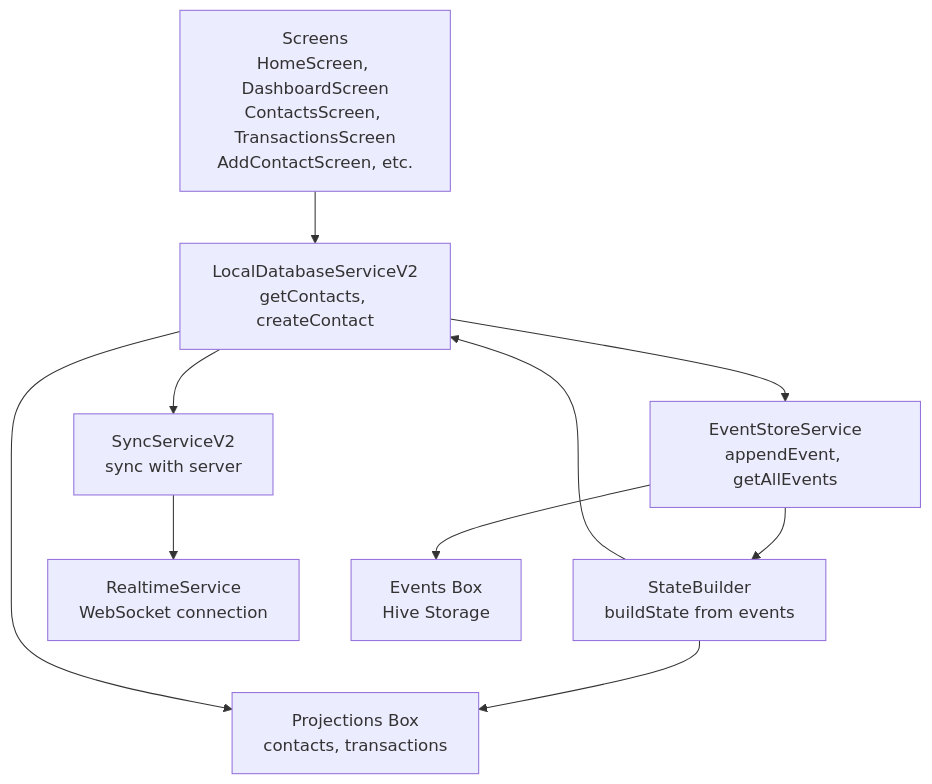
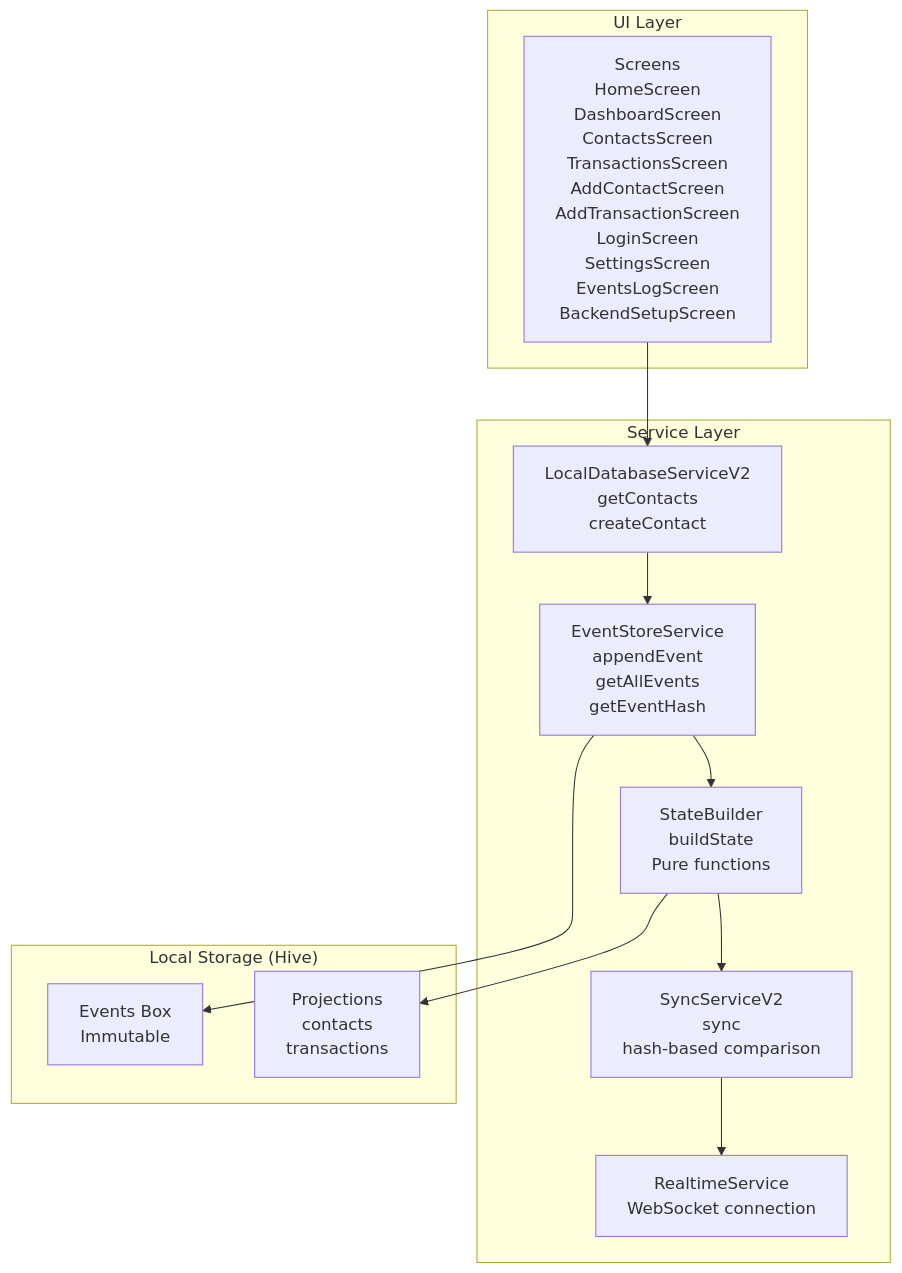
One commit to dark-cli/deptmaster changed the fifth of 10 diagrams in docs/ARCHITECTURE.md. Above: the diagram before and after it, drawn with Mermaid. The commit also changed other lines of this file, not shown here.

First line of the commit message:
docs: rewrite ARCHITECTURE.md with clearer structure and Mermaid diagrams

````diff
--- a/docs/ARCHITECTURE.md
+++ b/docs/ARCHITECTURE.md
@@ -126,24 +143,28 @@
 ```mermaid
-flowchart TD
-    Screens["Screens<br/>HomeScreen, DashboardScreen<br/>ContactsScreen, TransactionsScreen<br/>AddContactScreen, etc."]
+graph TB
+    subgraph UI["UI Layer"]
+        Screens[Screens<br/>HomeScreen<br/>DashboardScreen<br/>ContactsScreen<br/>TransactionsScreen<br/>AddContactScreen<br/>AddTransactionScreen<br/>LoginScreen<br/>SettingsScreen<br/>EventsLogScreen<br/>BackendSetupScreen]
+    end
     
-    LocalDB["LocalDatabaseServiceV2<br/>getContacts, createContact"]
-    EventStore["EventStoreService<br/>appendEvent, getAllEvents"]
-    StateBuilder["StateBuilder<br/>buildState from events"]
-    SyncService["SyncServiceV2<br/>sync with server"]
-    RealtimeService["RealtimeService<br/>WebSocket connection"]
+    subgraph Services["Service Layer"]
+        LocalDB[LocalDatabaseServiceV2<br/>getContacts<br/>createContact]
+        EventStore[EventStoreService<br/>appendEvent<br/>getAllEvents<br/>getEventHash]
+        StateBuilder[StateBuilder<br/>buildState<br/>Pure functions]
+        SyncService[SyncServiceV2<br/>sync<br/>hash-based comparison]
+        Realtime[RealtimeService<br/>WebSocket connection]
+    end
     
-    EventsBox["Events Box<br/>Hive Storage"]
-    ProjectionsBox["Projections Box<br/>contacts, transactions"]
+    subgraph Storage["Local Storage (Hive)"]
+        EventsBox[Events Box<br/>Immutable]
+        Projections[Projections<br/>contacts<br/>transactions]
+    end
     
     Screens --> LocalDB
     LocalDB --> EventStore
     EventStore --> StateBuilder
-    StateBuilder --> LocalDB
-    LocalDB --> SyncService
-    SyncService --> RealtimeService
+    StateBuilder --> SyncService
+    SyncService --> Realtime
     
     EventStore --> EventsBox
-    StateBuilder --> ProjectionsBox
-    LocalDB --> ProjectionsBox
+    StateBuilder --> Projections
 ```
````
